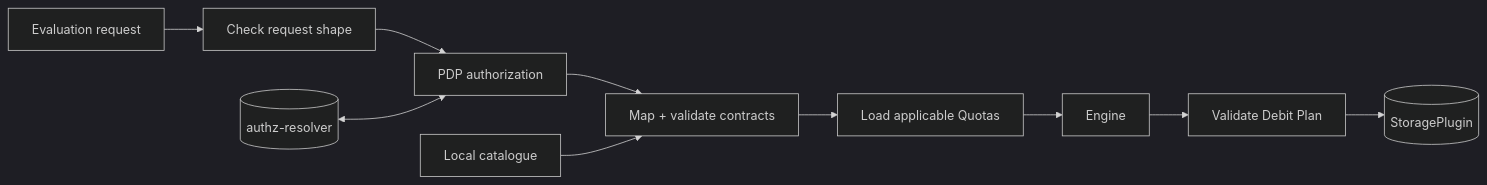
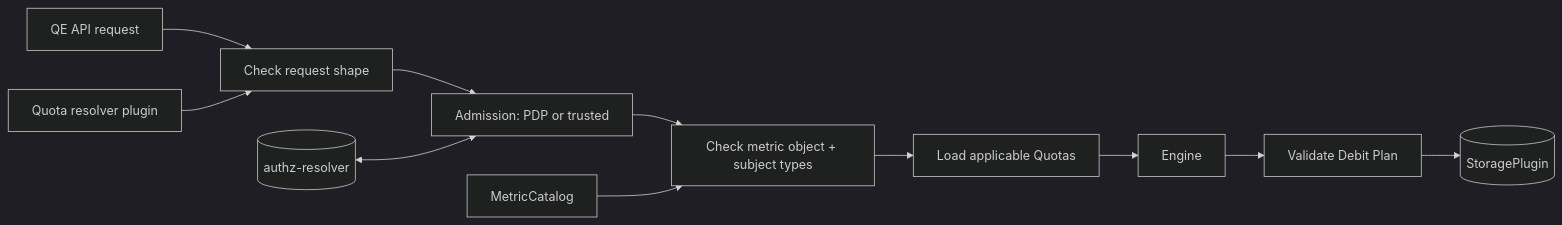
The fifth of 5 diagrams in gears/system/quota-enforcement/docs/GTS_PROJECTION_CONTRACT_FLOW.md (constructorfabric/gears-rust), drawn with Mermaid (dark theme) before and after one commit. The commit also changed other lines of this file and 48 other files, not shown here.

````diff
--- a/gears/system/quota-enforcement/docs/GTS_PROJECTION_CONTRACT_FLOW.md
+++ b/gears/system/quota-enforcement/docs/GTS_PROJECTION_CONTRACT_FLOW.md
@@ -76,12 +119,13 @@
 ```mermaid
 flowchart LR
-    request["Evaluation request"] --> shape["Check request shape"]
-    shape --> pdp["PDP authorization"]
-    authz[("authz-resolver")] <--> pdp
-    pdp --> validate["Map + validate contracts"]
-    catalog["Local catalogue"] --> validate
+    api["QE API request"] --> shape["Check request shape"]
+    plugin["Quota resolver plugin"] --> shape
+    shape --> admit["Admission: PDP or trusted"]
+    authz[("authz-resolver")] <--> admit
+    admit --> validate["Check metric object + subject types"]
+    catalog["MetricCatalog"] --> validate
     validate --> quotas["Load applicable Quotas"]
     quotas --> engine["Engine"]
     engine --> plan["Validate Debit Plan"]
     plan --> storage[("StoragePlugin")]
 ```
````
